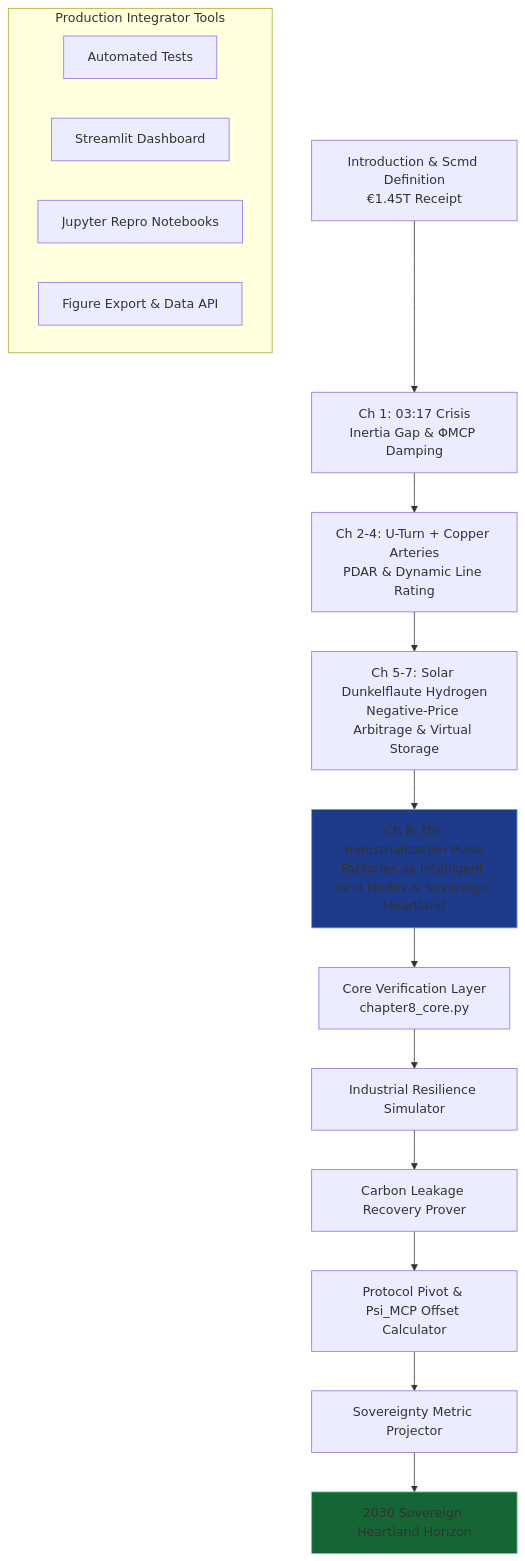
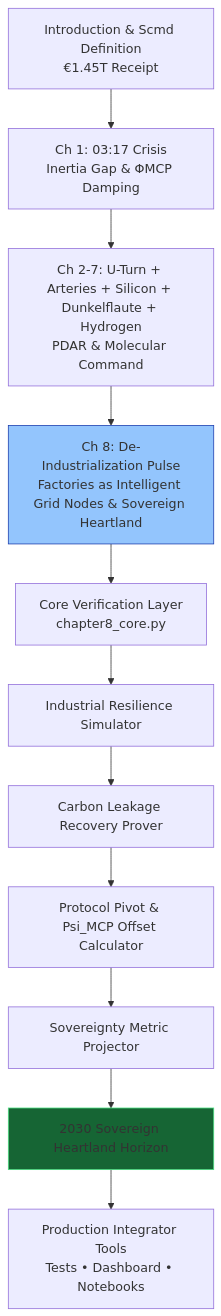
The third of 3 diagrams in README.md (iceccarelli/Renewables_Migration_Chapter8_Proof_Engine), drawn with Mermaid before and after one commit. The commit also changed other lines of this file, not shown here.

````diff
--- a/README.md
+++ b/README.md
@@ -34,25 +70,15 @@
 ```mermaid
 graph TD
-    A[Introduction & Scmd Definition<br/>€1.45T Receipt] 
-    --> B[Ch 1: 03:17 Crisis<br/>Inertia Gap & ΦMCP Damping]
-    B --> C[Ch 2-4: U-Turn + Copper Arteries<br/>PDAR & Dynamic Line Rating]
-    C --> D[Ch 5-7: Solar Dunkelflaute Hydrogen<br/>Negative-Price Arbitrage & Virtual Storage]
-    D --> E[Ch 8: De-Industrialization Pulse<br/>Factories as Intelligent Grid Nodes & Sovereign Heartland]
-    
-    E --> F[Core Verification Layer<br/>chapter8_core.py]
-    F --> G[Industrial Resilience Simulator]
-    G --> H[Carbon Leakage Recovery Prover]
-    H --> I[Protocol Pivot & Psi_MCP Offset Calculator]
-    I --> J[Sovereignty Metric Projector]
-    J --> K[2030 Sovereign Heartland Horizon]
-    
-    subgraph Production Integrator Tools
-        L[Automated Tests]
-        M[Streamlit Dashboard]
-        N[Jupyter Repro Notebooks]
-        O[Figure Export & Data API]
-    end
-    
-    style E fill:#1e3a8a,stroke:#60a5fa
-    style K fill:#166534,stroke:#4ade80
+    A[Introduction & Scmd Definition<br/>€1.45T Receipt] --> B[Ch 1: 03:17 Crisis<br/>Inertia Gap & ΦMCP Damping]
+    B --> C[Ch 2-7: U-Turn + Arteries + Silicon + Dunkelflaute + Hydrogen<br/>PDAR & Molecular Command]
+    C --> D[Ch 8: De-Industrialization Pulse<br/>Factories as Intelligent Grid Nodes & Sovereign Heartland]
+    D --> E[Core Verification Layer<br/>chapter8_core.py]
+    E --> F[Industrial Resilience Simulator]
+    F --> G[Carbon Leakage Recovery Prover]
+    G --> H[Protocol Pivot & Psi_MCP Offset Calculator]
+    H --> I[Sovereignty Metric Projector]
+    I --> J[2030 Sovereign Heartland Horizon]
+    J --> K[Production Integrator Tools<br/>Tests • Dashboard • Notebooks]
+    style D fill:#93c5fd,stroke:#1e40af
+    style J fill:#166534,stroke:#4ade80
 ```
````
